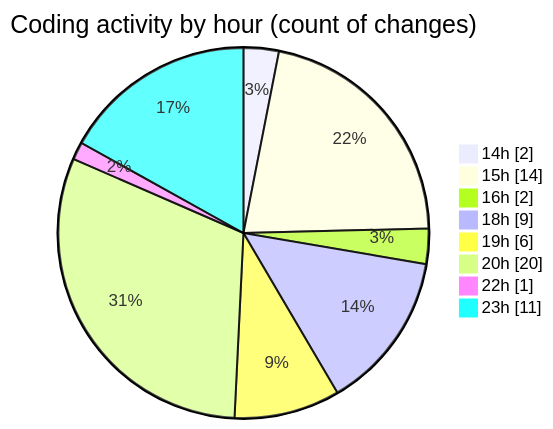
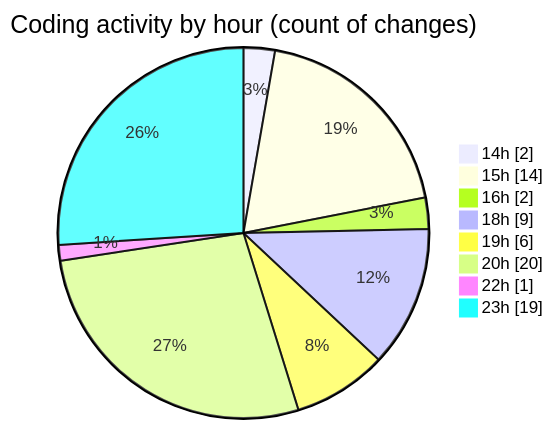
One commit to Netris89/code-tracking changed the second of 2 diagrams in 2025-03-21/back-end/README.md. Above: the diagram before and after it, drawn with Mermaid. The commit also changed other lines of this file and 1 other file, not shown here.

````diff
--- a/2025-03-21/back-end/README.md
+++ b/2025-03-21/back-end/README.md
@@ -33,12 +33,12 @@
 ```mermaid
 pie showData
 title Coding activity by hour (count of changes)
 "14h" : 2
 "15h" : 14
 "16h" : 2
 "18h" : 9
 "19h" : 6
 "20h" : 20
 "22h" : 1
-"23h" : 11
+"23h" : 19
 ```
````
